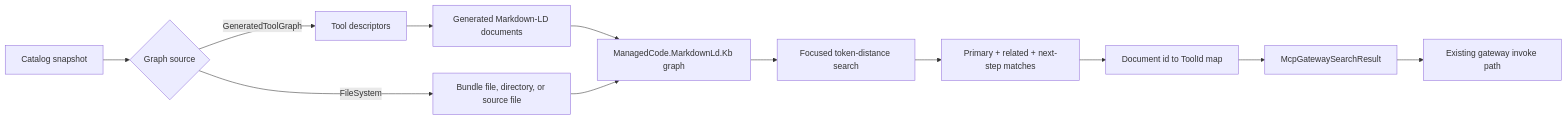
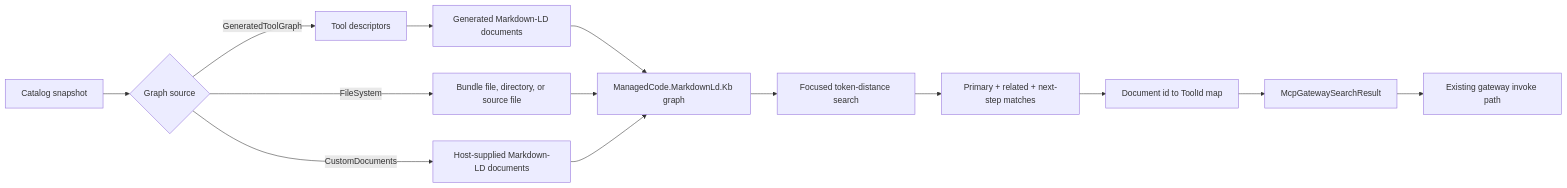
The diagram in docs/ADR/ADR-0005-markdown-ld-graph-search-for-tool-retrieval.md (managedcode/MCPGateway), drawn with Mermaid before and after one commit. The commit also changed other lines of this file and 40 other files, not shown here.

````diff
--- a/docs/ADR/ADR-0005-markdown-ld-graph-search-for-tool-retrieval.md
+++ b/docs/ADR/ADR-0005-markdown-ld-graph-search-for-tool-retrieval.md
@@ -44,14 +46,16 @@
 ```mermaid
 flowchart LR
     Catalog["Catalog snapshot"] --> SourceChoice{"Graph source"}
     SourceChoice -->|GeneratedToolGraph| Descriptor["Tool descriptors"]
     Descriptor --> Markdown["Generated Markdown-LD documents"]
     SourceChoice -->|FileSystem| FileDocs["Bundle file, directory, or source file"]
+    SourceChoice -->|CustomDocuments| CustomDocs["Host-supplied Markdown-LD documents"]
     Markdown --> Graph["ManagedCode.MarkdownLd.Kb graph"]
     FileDocs --> Graph
+    CustomDocs --> Graph
     Graph --> Focused["Focused token-distance search"]
     Focused --> Expansion["Primary + related + next-step matches"]
     Expansion --> MatchMap["Document id to ToolId map"]
     MatchMap --> Result["McpGatewaySearchResult"]
     Result --> Invoke["Existing gateway invoke path"]
 ```
````
